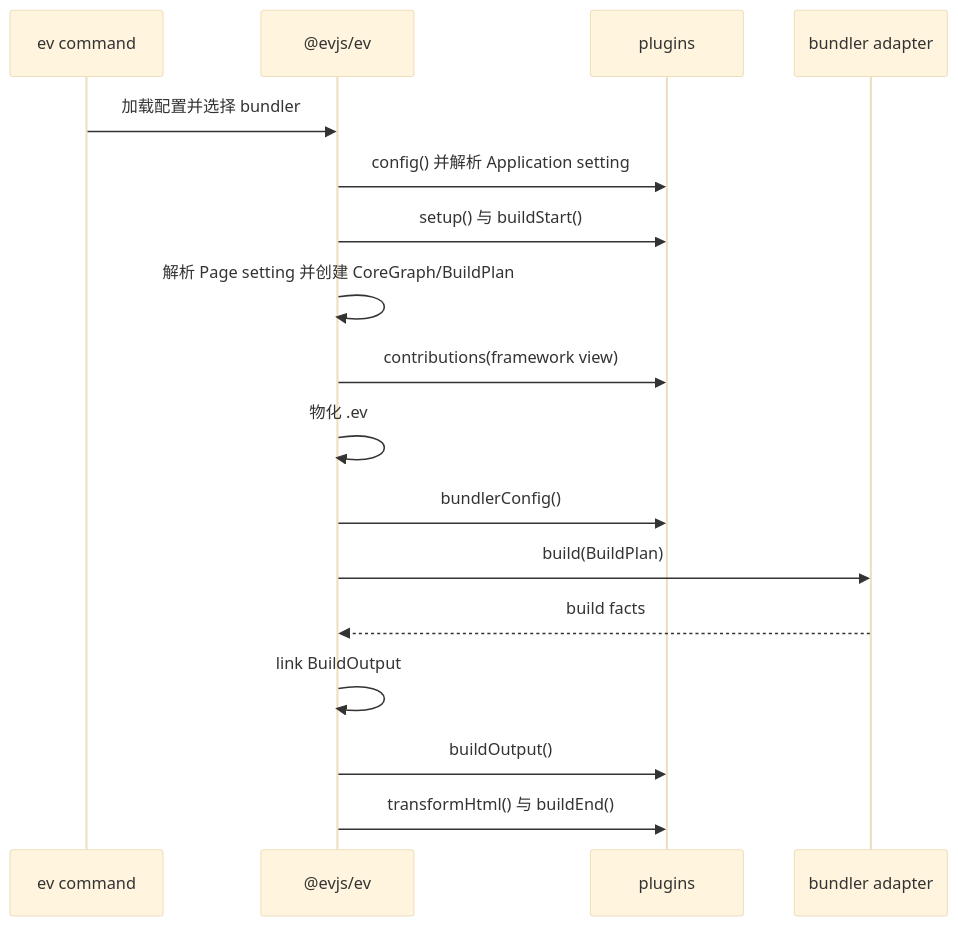
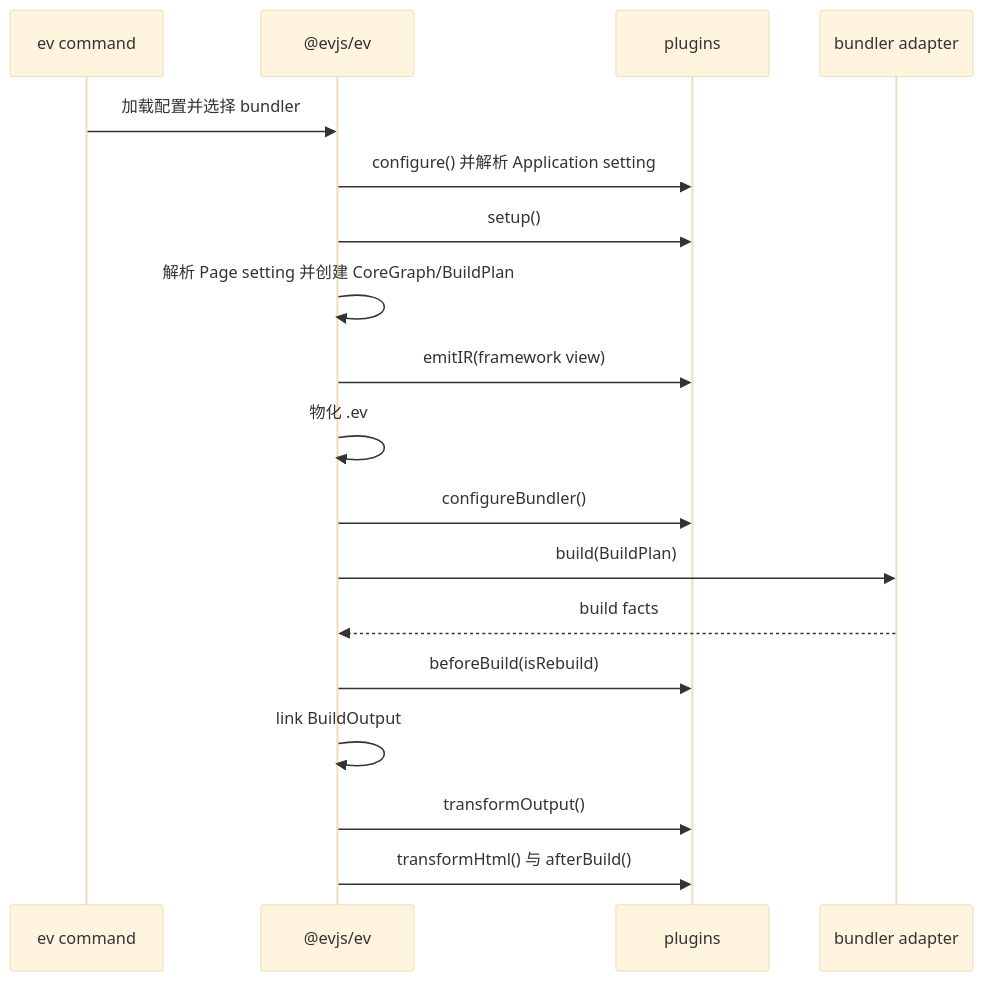
The second of 2 diagrams in docs/i18n/zh-Hans/docusaurus-plugin-content-docs/current/architecture.md (afx-team/evjs), drawn with Mermaid (base theme) before and after one commit. The commit also changed other lines of this file and 117 other files, not shown here.

````diff
--- a/docs/i18n/zh-Hans/docusaurus-plugin-content-docs/current/architecture.md
+++ b/docs/i18n/zh-Hans/docusaurus-plugin-content-docs/current/architecture.md
@@ -89,20 +90,21 @@
 ```mermaid
 sequenceDiagram
   participant CLI as ev command
   participant Core as @evjs/ev
   participant Plugin as plugins
   participant Bundler as bundler adapter
 
   CLI->>Core: 加载配置并选择 bundler
-  Core->>Plugin: config() 并解析 Application setting
-  Core->>Plugin: setup() 与 buildStart()
+  Core->>Plugin: configure() 并解析 Application setting
+  Core->>Plugin: setup()
   Core->>Core: 解析 Page setting 并创建 CoreGraph/BuildPlan
-  Core->>Plugin: contributions(framework view)
+  Core->>Plugin: emitIR(framework view)
   Core->>Core: 物化 .ev
-  Core->>Plugin: bundlerConfig()
+  Core->>Plugin: configureBundler()
   Core->>Bundler: build(BuildPlan)
   Bundler-->>Core: build facts
+  Core->>Plugin: beforeBuild(isRebuild)
   Core->>Core: link BuildOutput
-  Core->>Plugin: buildOutput()
-  Core->>Plugin: transformHtml() 与 buildEnd()
+  Core->>Plugin: transformOutput()
+  Core->>Plugin: transformHtml() 与 afterBuild()
 ```
````
